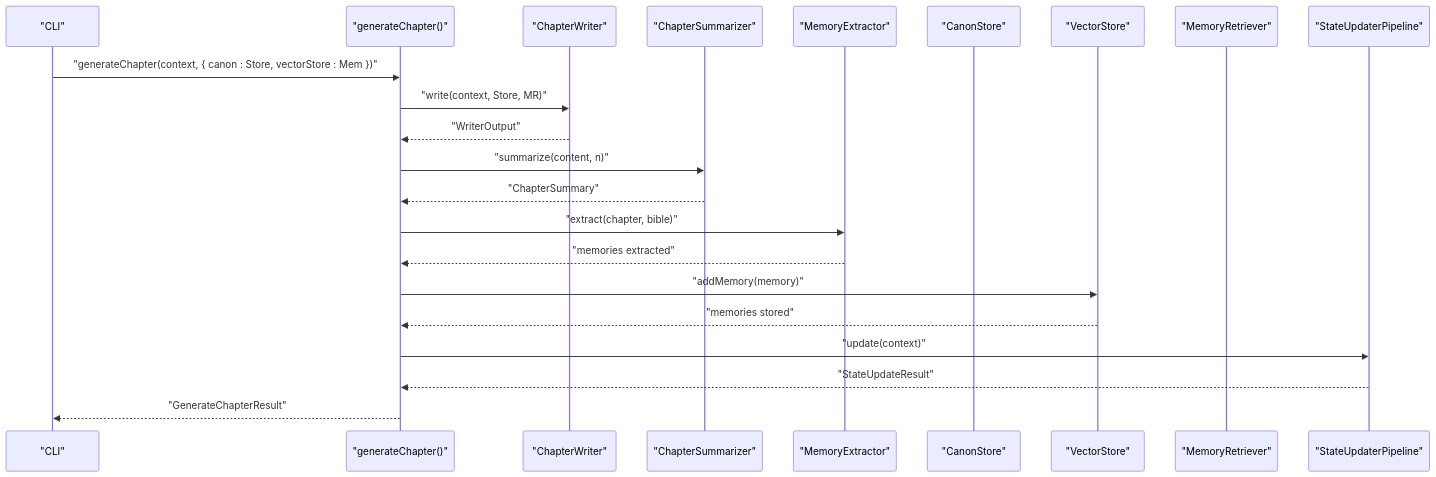
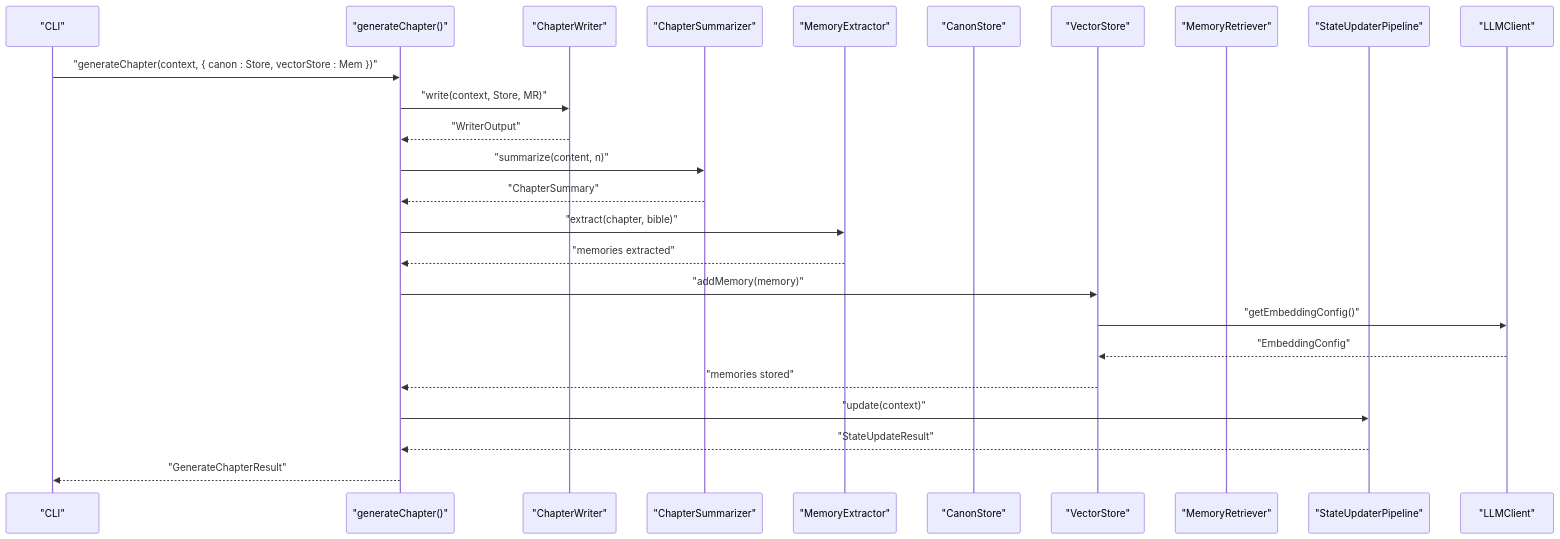
Before and after one commit to liwonder/NARRITIVE_OS: diagram 12 of 14 in .qoder/repowiki/en/content/Memory Management System/Memory Management System.md, drawn with Mermaid. The commit also changed other lines of this file and 12 other files, not shown here.

````diff
--- a/.qoder/repowiki/en/content/Memory Management System/Memory Management System.md
+++ b/.qoder/repowiki/en/content/Memory Management System/Memory Management System.md
@@ -551,24 +610,27 @@
 ```mermaid
 sequenceDiagram
 participant CLI as "CLI"
 participant Engine as "generateChapter()"
 participant Writer as "ChapterWriter"
 participant Sum as "ChapterSummarizer"
 participant ME as "MemoryExtractor"
 participant Store as "CanonStore"
 participant Mem as "VectorStore"
 participant MR as "MemoryRetriever"
 participant StateUp as "StateUpdaterPipeline"
+participant LC as "LLMClient"
 CLI->>Engine : "generateChapter(context, { canon : Store, vectorStore : Mem })"
 Engine->>Writer : "write(context, Store, MR)"
 Writer-->>Engine : "WriterOutput"
 Engine->>Sum : "summarize(content, n)"
 Sum-->>Engine : "ChapterSummary"
 Engine->>ME : "extract(chapter, bible)"
 ME-->>Engine : "memories extracted"
 Engine->>Mem : "addMemory(memory)"
+Mem->>LC : "getEmbeddingConfig()"
+LC-->>Mem : "EmbeddingConfig"
 Mem-->>Engine : "memories stored"
 Engine->>StateUp : "update(context)"
 StateUp-->>Engine : "StateUpdateResult"
 Engine-->>CLI : "GenerateChapterResult"
 ```
````
